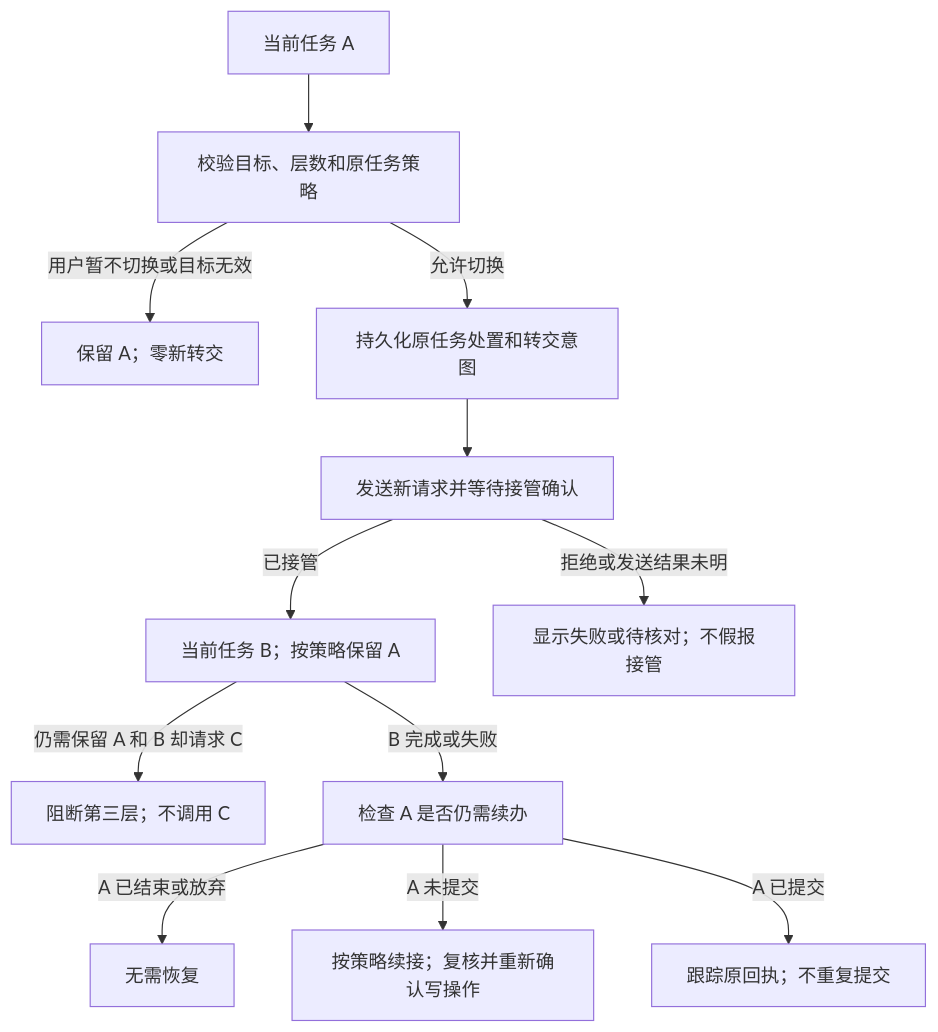
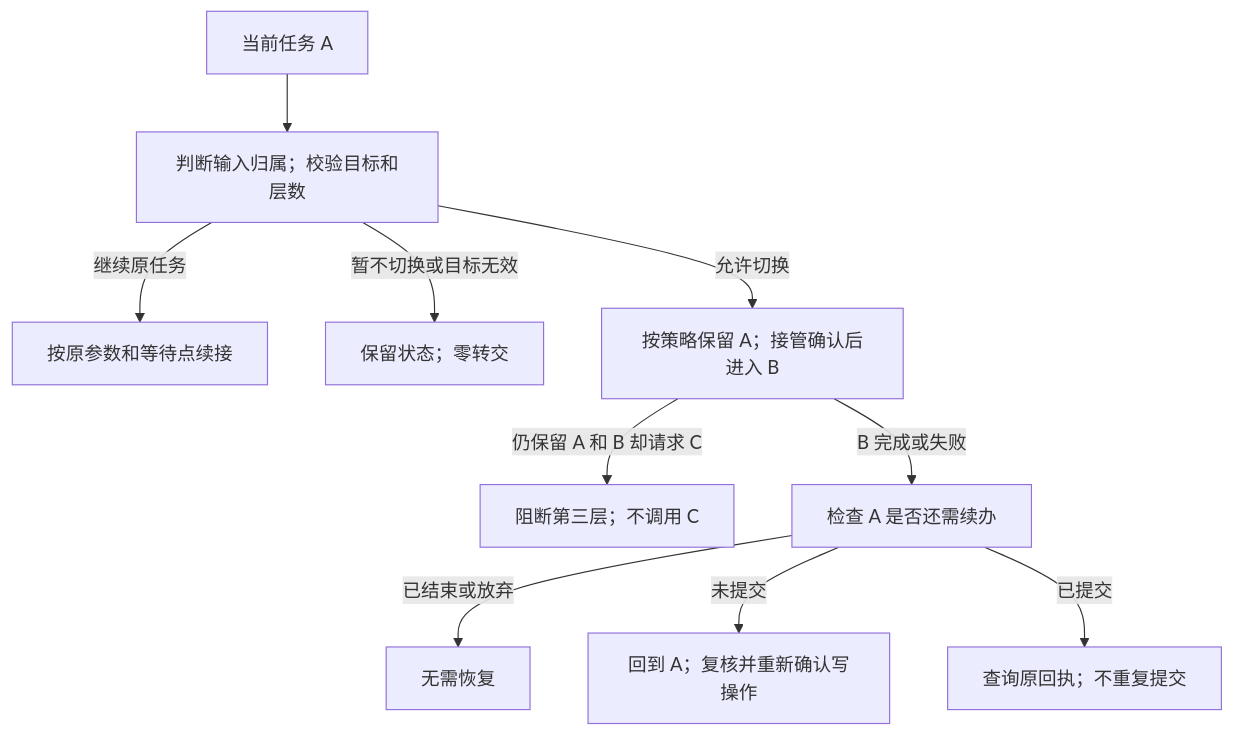
The third of 3 diagrams in docs/Agent开发工作台_技术架构设计_v2.0.md (Vincenttao/agent-builder-java), drawn with Mermaid before and after one commit. The commit also changed other lines of this file and 4 other files, not shown here.

First line of the commit message:
docs: simplify runnable demo architecture and add DeepSeek test setup

````diff
--- a/docs/Agent开发工作台_技术架构设计_v2.0.md
+++ b/docs/Agent开发工作台_技术架构设计_v2.0.md
@@ -219,14 +180,12 @@
 ```mermaid
 flowchart TB
-  A[当前任务 A] --> CHECK[校验目标、层数和原任务策略]
-  CHECK -->|用户暂不切换或目标无效| STAY[保留 A；零新转交]
-  CHECK -->|允许切换| SAVE[持久化原任务处置和转交意图]
-  SAVE --> SEND[发送新请求并等待接管确认]
-  SEND -->|已接管| B[当前任务 B；按策略保留 A]
-  SEND -->|拒绝或发送结果未明| ERR[显示失败或待核对；不假报接管]
-  B -->|仍需保留 A 和 B 却请求 C| LIMIT[阻断第三层；不调用 C]
-  B -->|B 完成或失败| REVIEW[检查 A 是否仍需续办]
-  REVIEW -->|A 已结束或放弃| END[无需恢复]
-  REVIEW -->|A 未提交| RESUME[按策略续接；复核并重新确认写操作]
-  REVIEW -->|A 已提交| RECEIPT[跟踪原回执；不重复提交]
+  A[当前任务 A] --> CHECK[判断输入归属；校验目标和层数]
+  CHECK -->|继续原任务| CONT[按原参数和等待点续接]
+  CHECK -->|暂不切换或目标无效| STAY[保留状态；零转交]
+  CHECK -->|允许切换| B[按策略保留 A；接管确认后进入 B]
+  B -->|仍保留 A 和 B 却请求 C| LIMIT[阻断第三层；不调用 C]
+  B -->|B 完成或失败| REVIEW[检查 A 是否还需续办]
+  REVIEW -->|已结束或放弃| END[无需恢复]
+  REVIEW -->|未提交| RESUME[回到 A；复核并重新确认写操作]
+  REVIEW -->|已提交| RECEIPT[查询原回执；不重复提交]
 ```
````
